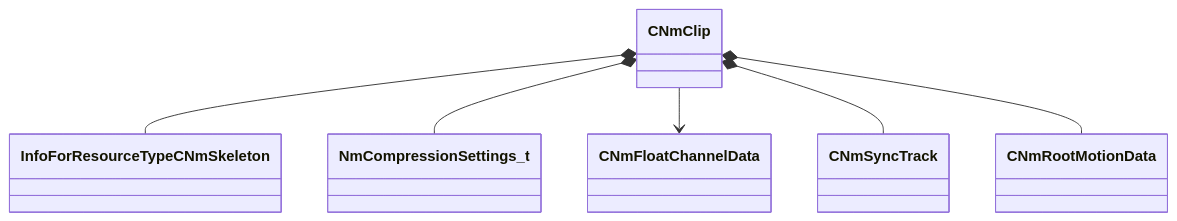
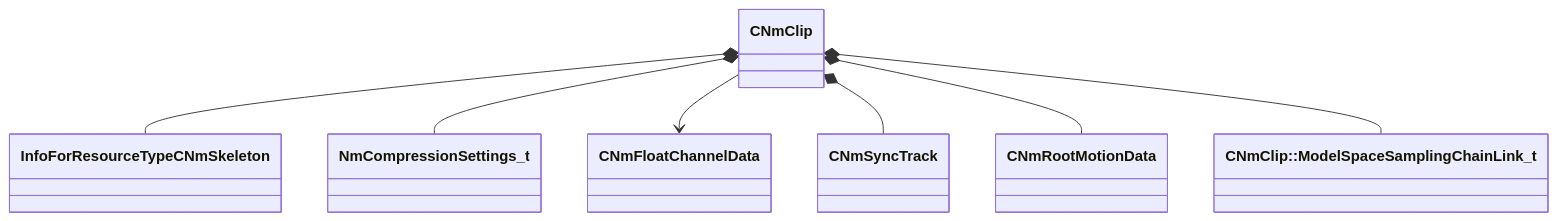
The diagram in docs/generated/schemas/animlib/CNmClip.md (CS2OpenDev/CS2OpenDev-Docs), drawn with Mermaid before and after one commit. The commit also changed other lines of this file and 4525 other files, not shown here.

````diff
--- a/docs/generated/schemas/animlib/CNmClip.md
+++ b/docs/generated/schemas/animlib/CNmClip.md
@@ -15,8 +17,9 @@
 ```mermaid
 classDiagram
     CNmClip *-- InfoForResourceTypeCNmSkeleton
     CNmClip *-- NmCompressionSettings_t
     CNmClip --> CNmFloatChannelData
     CNmClip *-- CNmSyncTrack
     CNmClip *-- CNmRootMotionData
+    CNmClip *-- `CNmClip::ModelSpaceSamplingChainLink_t`
 ```
````
